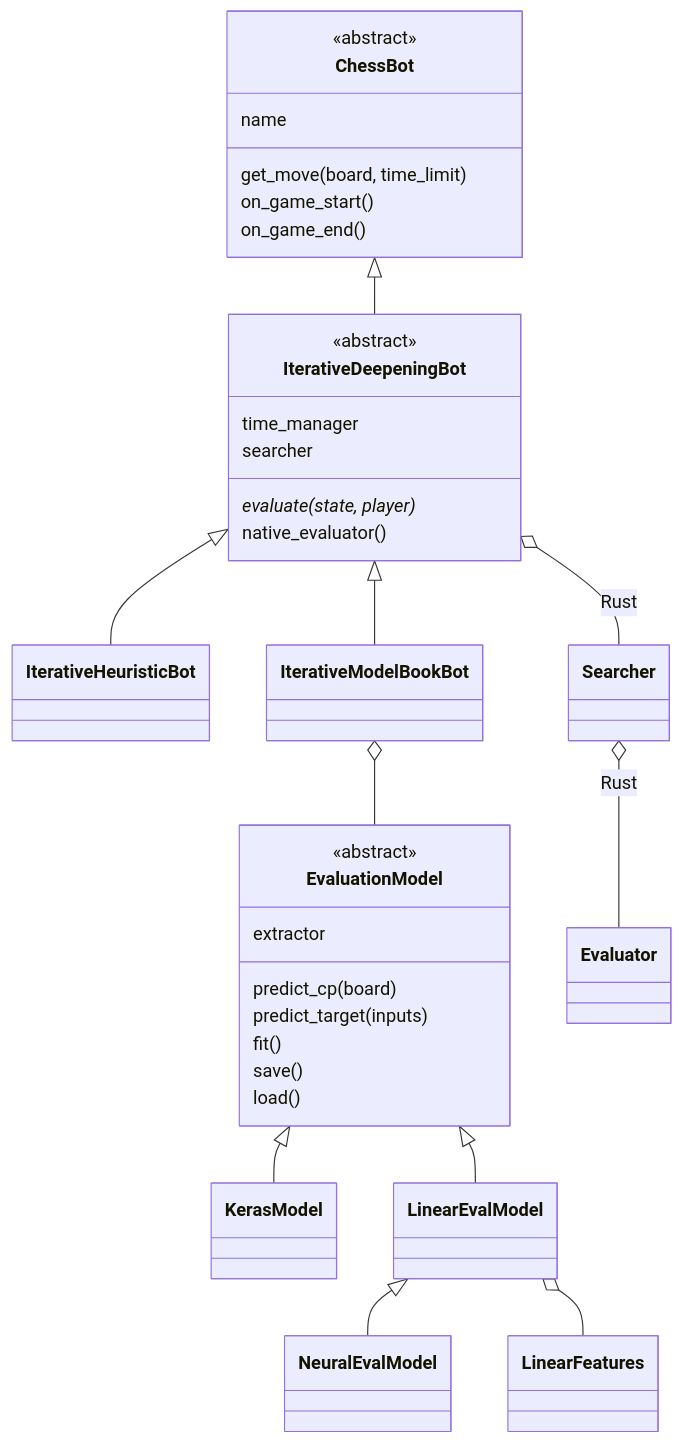
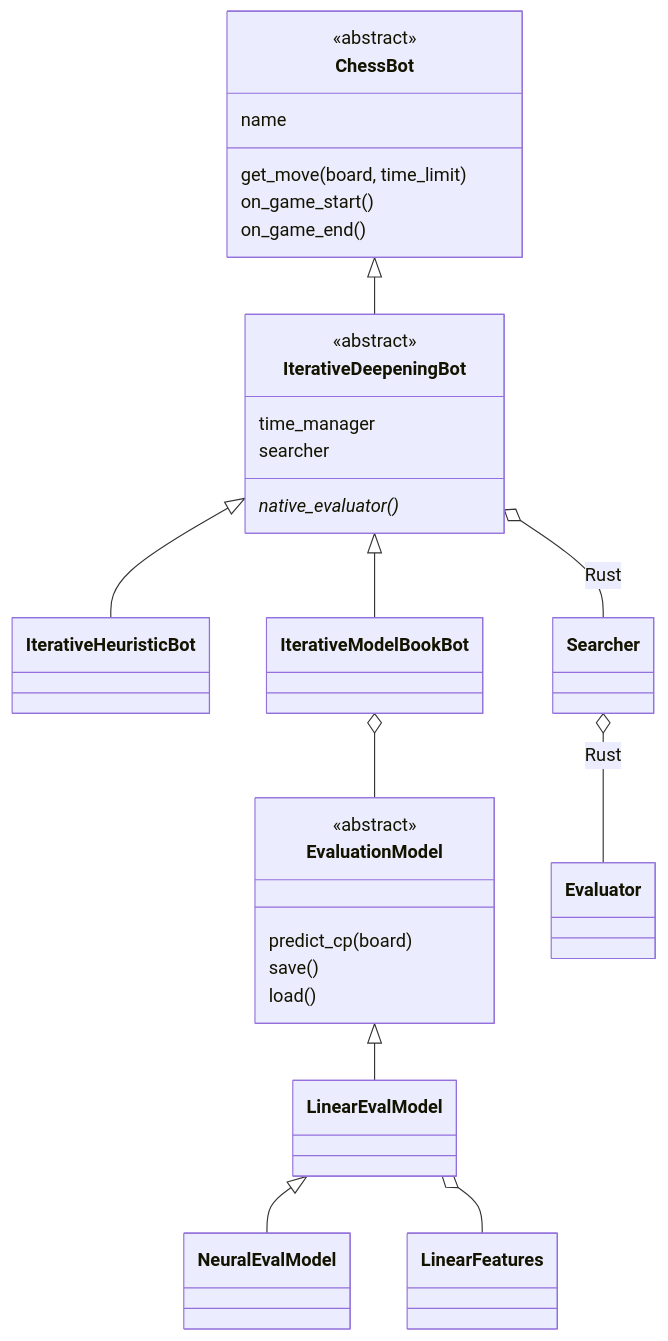
Before and after one commit to JoaquinDeVA/chess-ai-engine: the second of 3 diagrams in docs/ARCHITECTURE.md, drawn with Mermaid. The commit also changed other lines of this file and 51 other files, not shown here.

Commit message:
refactor: remove Keras models and the Python evaluation; the core evaluates everything

````diff
--- a/docs/ARCHITECTURE.md
+++ b/docs/ARCHITECTURE.md
@@ -72,37 +71,32 @@
 ```mermaid
 classDiagram
     class ChessBot {
         <<abstract>>
         name
         get_move(board, time_limit)
         on_game_start()
         on_game_end()
     }
     class IterativeDeepeningBot {
         <<abstract>>
         time_manager
         searcher
-        evaluate(state, player)*
-        native_evaluator()
+        native_evaluator()*
     }
     ChessBot <|-- IterativeDeepeningBot
     IterativeDeepeningBot <|-- IterativeHeuristicBot
     IterativeDeepeningBot <|-- IterativeModelBookBot
 
     class EvaluationModel {
         <<abstract>>
-        extractor
         predict_cp(board)
-        predict_target(inputs)
-        fit()
         save()
         load()
     }
-    EvaluationModel <|-- KerasModel
     EvaluationModel <|-- LinearEvalModel
     LinearEvalModel <|-- NeuralEvalModel
     LinearEvalModel o-- LinearFeatures
     IterativeModelBookBot o-- EvaluationModel
     IterativeDeepeningBot o-- Searcher : Rust
     Searcher o-- Evaluator : Rust
 ```
````
